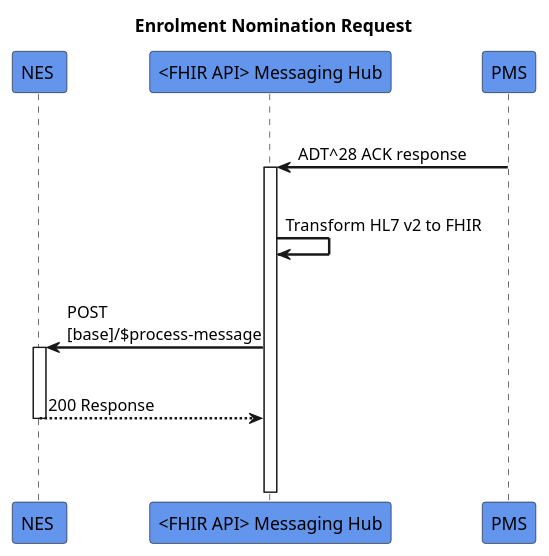
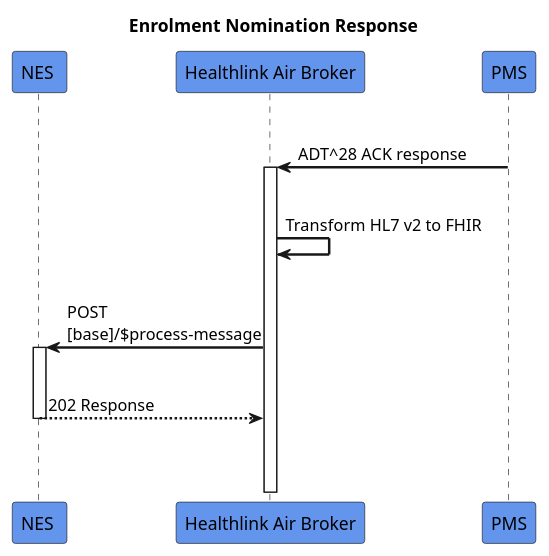
The diagram in input/images-source/enrolment-nomination-response.plantuml (HL7NZ/nes-ig), drawn with PlantUML before and after one commit. The commit also changed 7 other files, not shown here.

```diff
--- a/input/images-source/enrolment-nomination-response.plantuml
+++ b/input/images-source/enrolment-nomination-response.plantuml
@@ -1,24 +1,24 @@
 @startuml
 skinparam sequenceArrowThickness 2
 skinparam roundcorner 5
 skinparam maxmessagesize 180
 skinparam sequenceParticipant bold
-title  Enrolment Nomination Request
+title  Enrolment Nomination Response
 participant "NES " as A #CornflowerBlue
-participant "<FHIR API> Messaging Hub" as B #CornflowerBlue
+participant "Healthlink Air Broker" as B #CornflowerBlue
 participant "PMS" as C #CornflowerBlue
 |||
 
 C-> B: ADT^28 ACK response
 activate B
 |||
 B -> B: Transform HL7 v2 to FHIR
 |||
 B -> A:  POST [base]/$process-message
 activate A
 |||
-A -[dashed]-> B: 200 Response 
+A -[dashed]-> B: 202 Response 
 |||
 deactivate A
 |||
 @enduml
```
